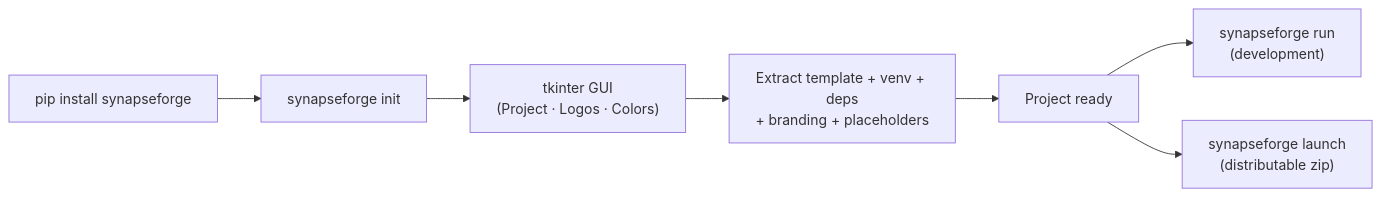
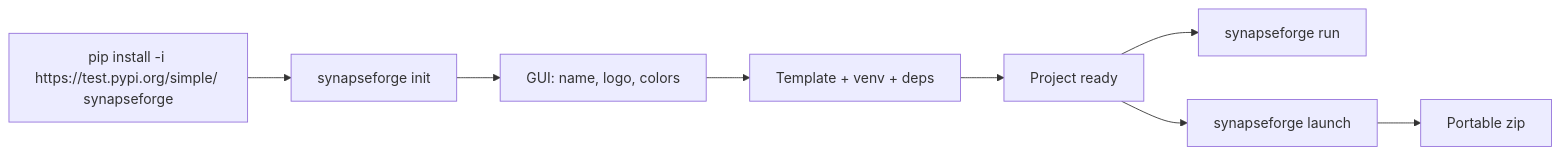
The diagram in README.md (synapse-ai-hub/synapseForge), drawn with Mermaid before and after one commit. The commit also changed other lines of this file and 2 other files, not shown here.

````diff
--- a/README.md
+++ b/README.md
@@ -94,9 +129,10 @@
 ```mermaid
 flowchart LR
-    A["pip install synapseforge"] --> B["synapseforge init"]
-    B --> C["tkinter GUI<br/>(Project · Logos · Colors)"]
-    C --> D["Extract template + venv + deps<br/>+ branding + placeholders"]
+    A["pip install -i https://test.pypi.org/simple/ synapseforge"] --> B["synapseforge init"]
+    B --> C["GUI: name, logo, colors"]
+    C --> D["Template + venv + deps"]
     D --> E["Project ready"]
-    E --> F["synapseforge run<br/>(development)"]
-    E --> G["synapseforge launch<br/>(distributable zip)"]
+    E --> F["synapseforge run"]
+    E --> G["synapseforge launch"]
+    G --> H["Portable zip"]
 ```
````
